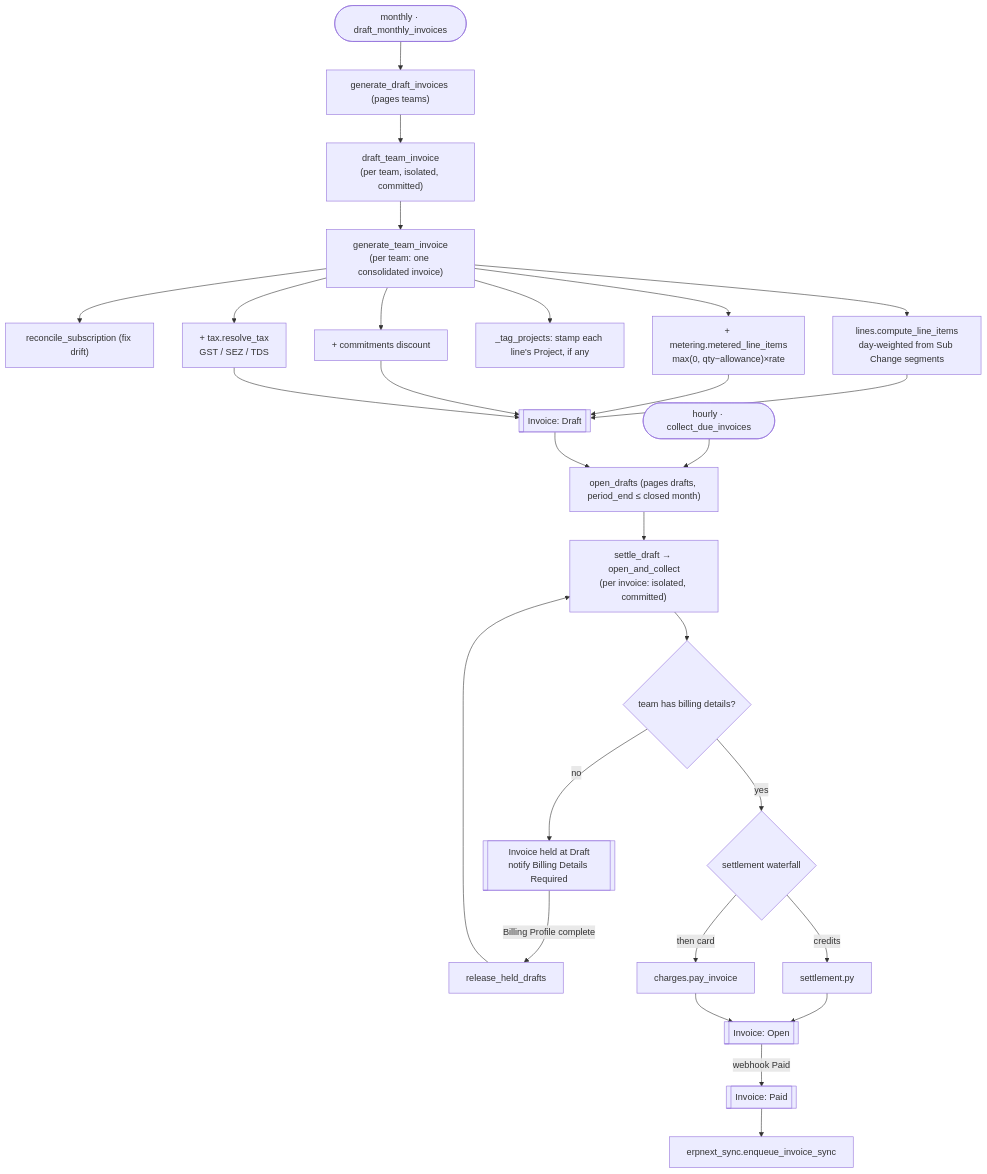
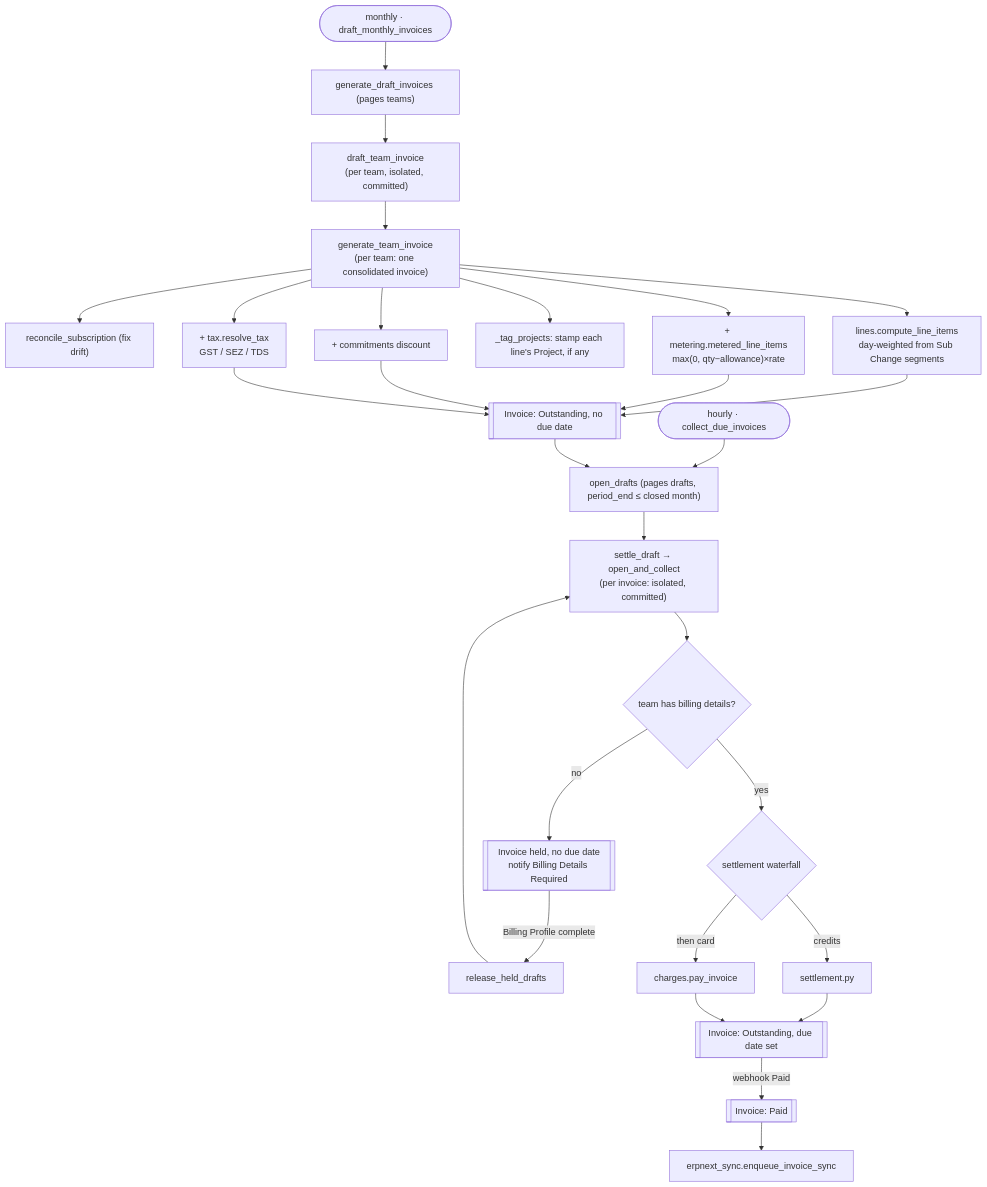
The fifth of 8 diagrams in central/billing/ARCHITECTURE.md (frappe/central), drawn with Mermaid before and after one commit. The commit also changed other lines of this file and 5 other files, not shown here.

````diff
--- a/central/billing/ARCHITECTURE.md
+++ b/central/billing/ARCHITECTURE.md
@@ -447,27 +464,27 @@
 ```mermaid
 flowchart TD
     TICK(["monthly · draft_monthly_invoices"]) --> GDI["generate_draft_invoices (pages teams)"]
     GDI --> DTI["draft_team_invoice<br/>(per team, isolated, committed)"]
     DTI --> GTI["generate_team_invoice<br/>(per team: one consolidated invoice)"]
     GTI --> RS["reconcile_subscription (fix drift)"]
     GTI --> LINES["lines.compute_line_items<br/>day-weighted from Sub Change segments"]
     GTI --> MET["+ metering.metered_line_items<br/>max(0, qty−allowance)×rate"]
     GTI --> TAG["_tag_projects: stamp each line's Project, if any"]
     GTI --> DISC["+ commitments discount"]
     GTI --> TAX["+ tax.resolve_tax<br/>GST / SEZ / TDS"]
-    LINES & MET & DISC & TAX --> DRAFT[["Invoice: Draft"]]
+    LINES & MET & DISC & TAX --> DRAFT[["Invoice: Outstanding, no due date"]]
 
     SWEEP(["hourly · collect_due_invoices"]) --> OD["open_drafts (pages drafts, period_end ≤ closed month)"]
     DRAFT --> OD
     OD --> OAC["settle_draft → open_and_collect<br/>(per invoice: isolated, committed)"]
     OAC --> HOLD{"team has billing details?"}
-    HOLD -->|no| HELD[["Invoice held at Draft<br/>notify Billing Details Required"]]
+    HOLD -->|no| HELD[["Invoice held, no due date<br/>notify Billing Details Required"]]
     HELD -->|Billing Profile complete| REL["release_held_drafts"]
     REL --> OAC
     HOLD -->|yes| WF{"settlement waterfall"}
     WF -->|credits| CR["settlement.py"]
     WF -->|then card| CARD["charges.pay_invoice"]
-    CR & CARD --> OPEN[["Invoice: Open"]]
+    CR & CARD --> OPEN[["Invoice: Outstanding, due date set"]]
     OPEN -->|webhook Paid| PAID[["Invoice: Paid"]]
     PAID --> SYNC["erpnext_sync.enqueue_invoice_sync"]
 ```
````
